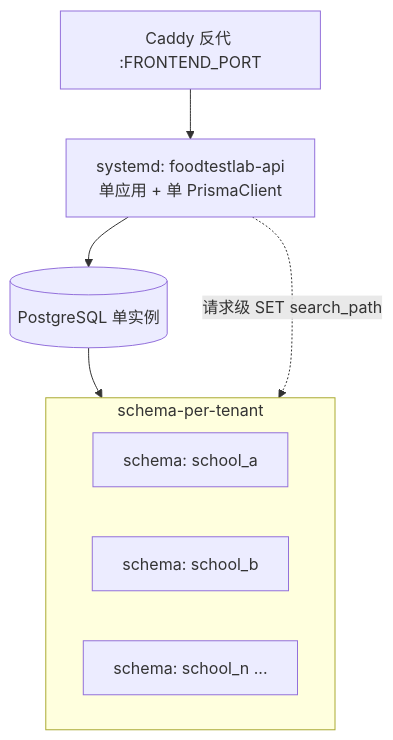
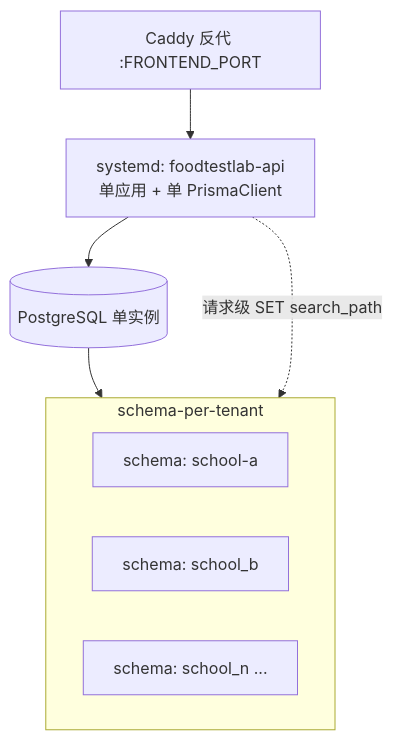
The third of 5 diagrams in README.md (ArthurUker/Tianjiabing_foodtestlab), drawn with Mermaid before and after one commit. The commit also changed other lines of this file and 9 other files, not shown here.

````diff
--- a/README.md
+++ b/README.md
@@ -112,14 +112,14 @@
 ```mermaid
 flowchart TB
     Caddy[Caddy 反代 :FRONTEND_PORT]
     API[systemd: foodtestlab-api<br/>单应用 + 单 PrismaClient]
     PG[(PostgreSQL 单实例)]
     subgraph Schemas[schema-per-tenant]
-        S1[schema: school_a]
+        S1[schema: school-a]
         S2[schema: school_b]
         Sn[schema: school_n ...]
     end
     Caddy --> API --> PG
     PG --> Schemas
     API -.请求级 SET search_path.-> Schemas
 ```
````
